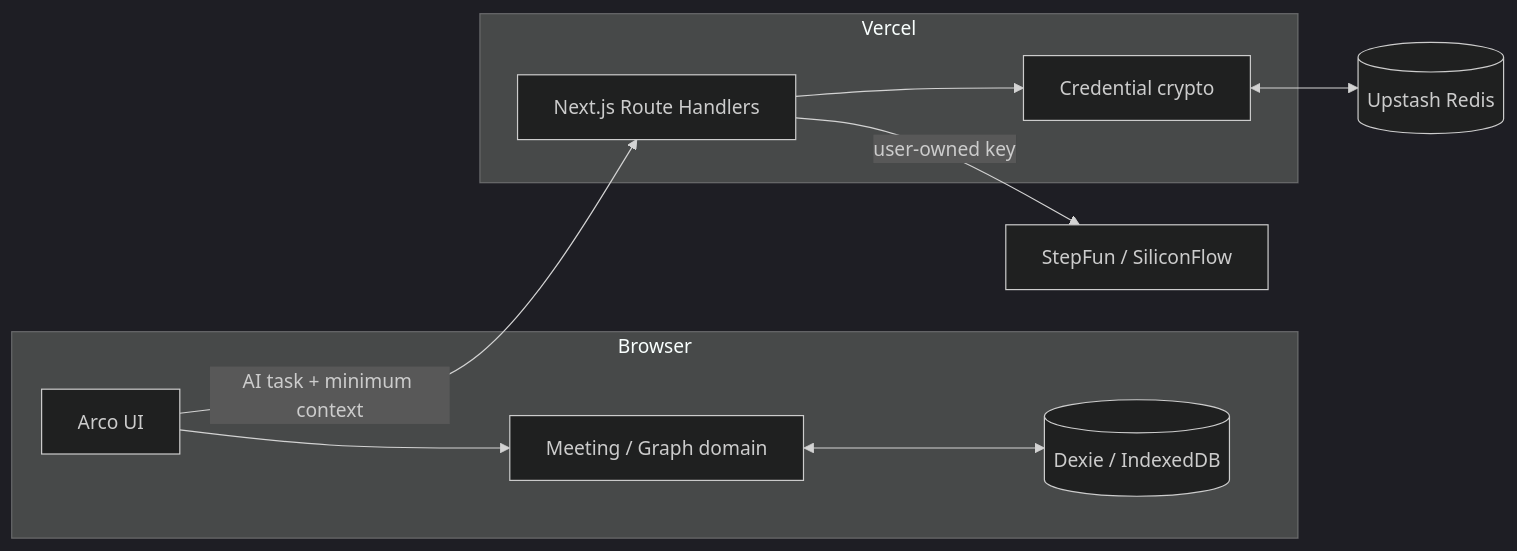
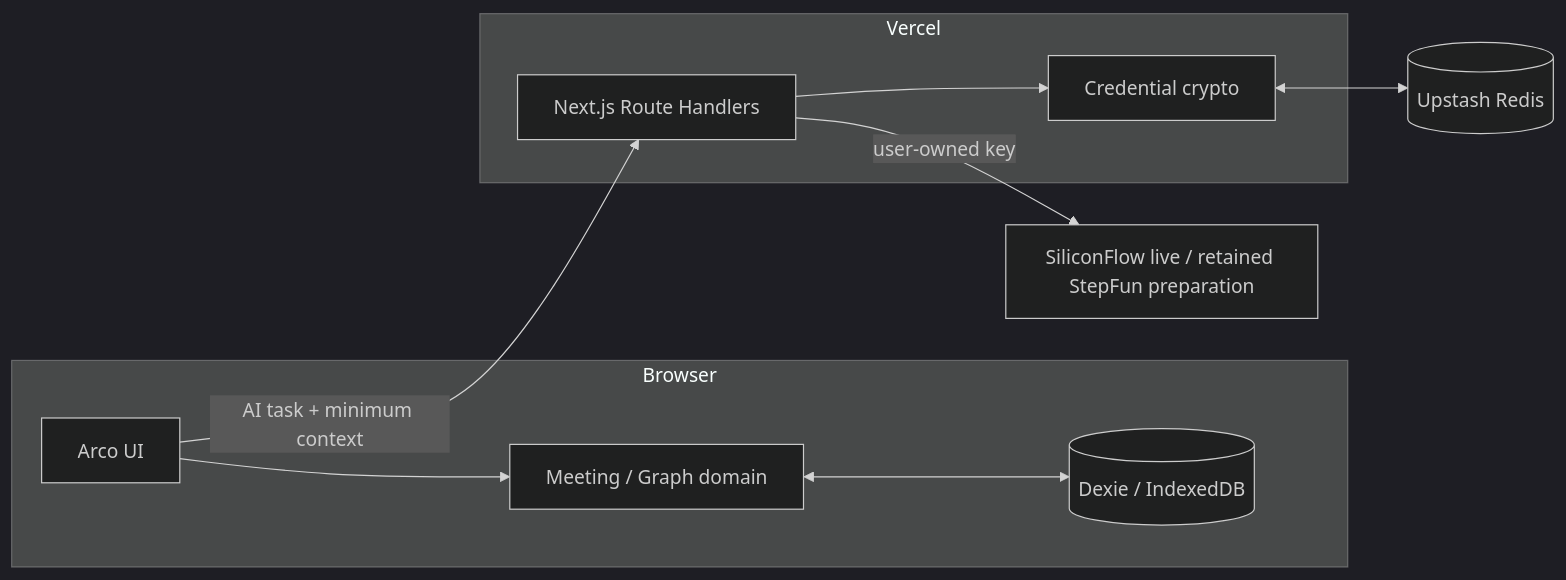
Before and after one commit to haoranyu/Convergene: the diagram in docs/technical-design.md, drawn with Mermaid (dark theme). The commit also changed other lines of this file and 54 other files, not shown here.

````diff
--- a/docs/technical-design.md
+++ b/docs/technical-design.md
@@ -16,23 +16,23 @@
 ```mermaid
 flowchart LR
     subgraph Browser
       UI[Arco UI]
       Domain[Meeting / Graph domain]
       IDB[(Dexie / IndexedDB)]
       UI --> Domain
       Domain <--> IDB
     end
 
     subgraph Vercel
       API[Next.js Route Handlers]
       Crypto[Credential crypto]
     end
 
     Redis[(Upstash Redis)]
-    Provider[StepFun / SiliconFlow]
+    Provider[SiliconFlow live / retained StepFun preparation]
 
     UI -->|AI task + minimum context| API
     API --> Crypto
     Crypto <--> Redis
     API -->|user-owned key| Provider
 ```
````
